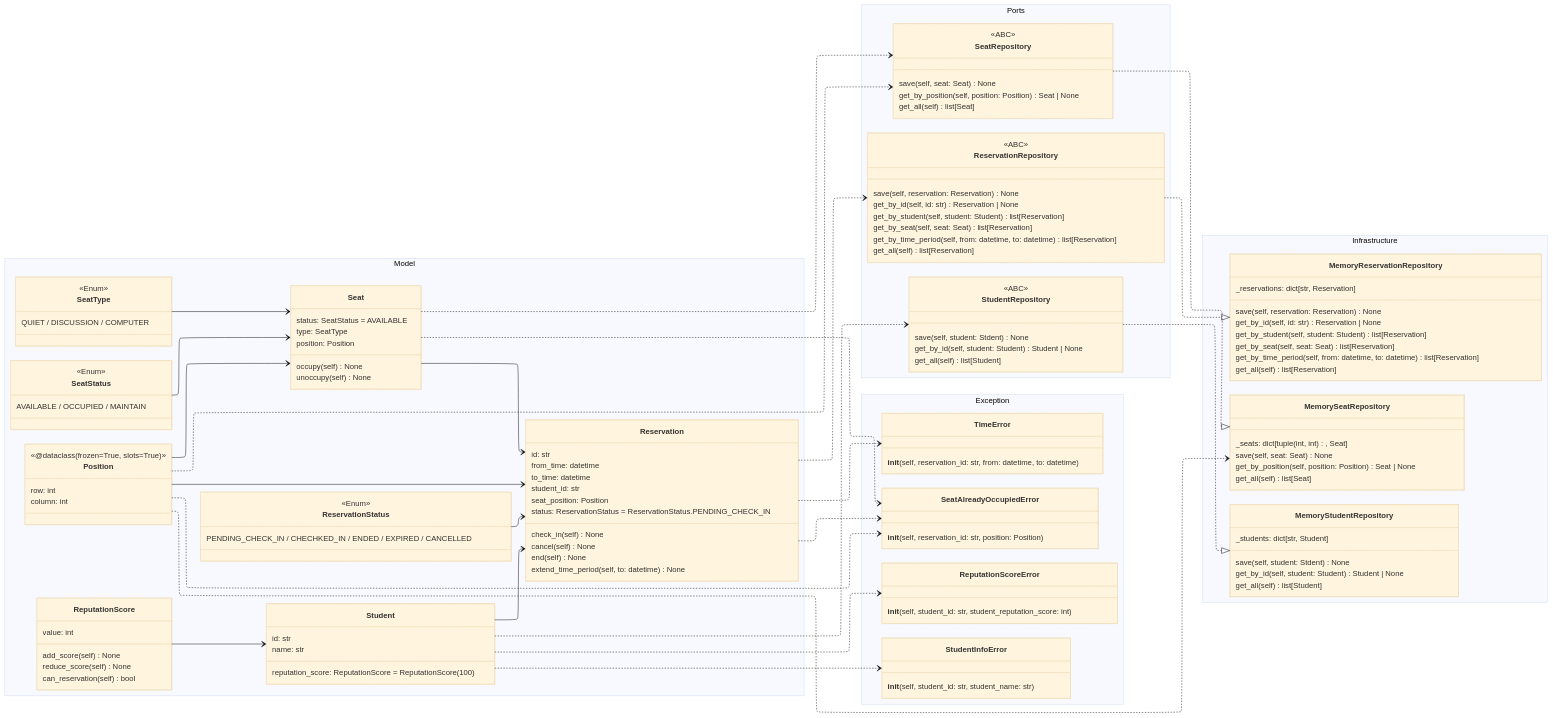
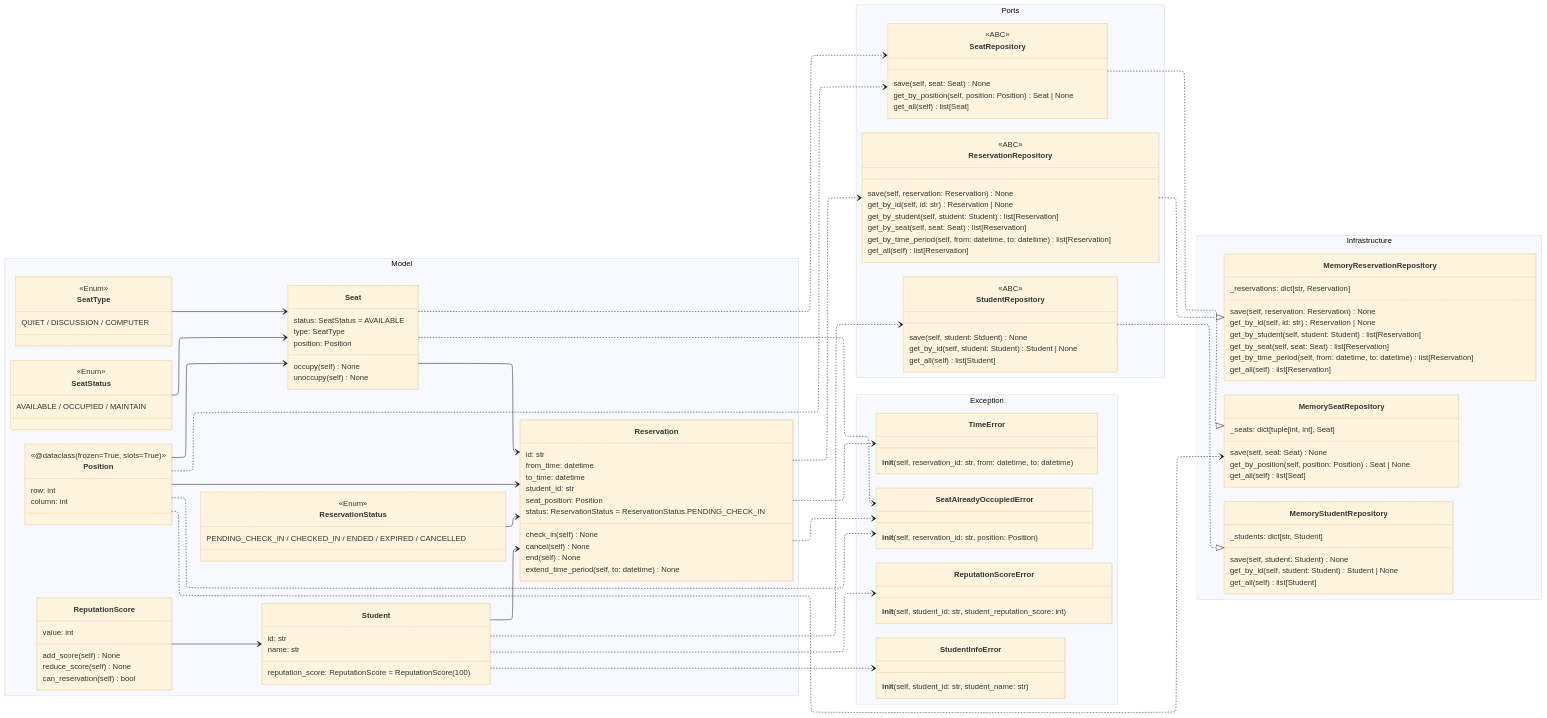
Before and after one commit to SumengQAQ/system-design: the diagram in Seat Reservation System/docs/Class.mmd, drawn with Mermaid (base theme).

Commit message:
fix: 修正类图中的拼写错误和类型语法
- CHECHKED_IN → CHECKED_IN
- Stdent → Student (两处 Repository 中)
- dict[tuple(int, int), Seat] → dict[tuple[int, int], Seat]

```diff
--- a/Seat Reservation System/docs/Class.mmd
+++ b/Seat Reservation System/docs/Class.mmd
@@ -1,178 +1,178 @@
 ---
 config:
   layout: elk
   class:
     hideEmptyMembersBox: true
 ---
 %% 场景： 大学图书馆/自习室，学生可以预约座位、签到、暂离、续约。
 %% 业务规则：
 %% - 座位分区域（静音区/讨论区/电脑区）
 %% - 预约时段最小 1h，最长 4h
 %% - 预约后 30 分钟内不签到 → 自动取消 + 扣信用分
 %% - 暂离最长 30 分钟，超时自动释放座位
 %% - 信用分 < 60 → 本周不能再预约
 %% - 管理员可以设置座位维护状态
 classDiagram
 direction LR
 	namespace Model {
     class ReputationScore {
       value: int
       %% 校验：value∈[0,100]
       add_score(self) None
       reduce_score(self) None
       can_reservation(self) bool
       %% 信用分 < 60 → 不能预约
     }
 
     class Student {
       id: str
       name: str
       %% 校验：教务系统中看看有没有这个学生
       %% 没有单独分出来StudentId这个类来做数据校验
       %% 因为name需要和id联合校验
       reputation_score: ReputationScore = ReputationScore(100)
       %% 加上@property，直接返回reputation_score.value
       %% __eq__和__hash__都用id
     }
 
     class SeatStatus {
       <<Enum>>
       AVAILABLE / OCCUPIED / MAINTAIN
     }
 
     class ReservationStatus {
       <<Enum>>
-      PENDING_CHECK_IN / CHECHKED_IN / ENDED / EXPIRED / CANCELLED
+      PENDING_CHECK_IN / CHECKED_IN / ENDED / EXPIRED / CANCELLED
     }
 
     class SeatType {
       <<Enum>>
       QUIET / DISCUSSION / COMPUTER
     }
 
     class Position {
       <<@dataclass(frozen=True, slots=True)>>
       row: int
       column: int
       %% __eq__和__hash__同时使用row和column
     }
 
     class Reservation {
       id: str
       from_time: datetime
       to_time: datetime
       %% 校验：from ≤ to，预约时段最小 1h，最长 4h
       student_id: str
       %% 需要从预约能查到学生，也需要从学生能查到预约
       %% 此处student_id不需要校验，因为是由校验过的学生创建的
       seat_position: Position
       status: ReservationStatus = ReservationStatus.PENDING_CHECK_IN
 
       check_in(self) None
       cancel(self) None
       end(self) None
       %% 状态机轮转，等我画状态图
       extend_time_period(self, to: datetime) None
       %% 在Service层编排
       %% __eq__和__hash__都用id
     }
 
     class Seat {
       status: SeatStatus = AVAILABLE
       type: SeatType
       position: Position
       %% 实际上座位不知道自己是什么类型，不知道自己在哪里
       %% 但是这里这样写也不是不行，直接看成元组得了
 
       occupy(self) None
       unoccupy(self) None
       %% 在Service层编排
       %% __eq__和__hash__都用position
     }
 	}
   Position --> Reservation
   ReputationScore --> Student
   ReservationStatus --> Reservation
   Student --> Reservation
   Seat --> Reservation
   Position --> Seat
   SeatStatus --> Seat
   SeatType --> Seat
 
   namespace Ports {
     class StudentRepository {
       <<ABC>>
-      save(self, student: Stdent) None
+      save(self, student: Stduent) None
       get_by_id(self, student: Student) Student | None
       get_all(self) list[Student]
     }
 
     class SeatRepository {
       <<ABC>>
       save(self, seat: Seat) None
       get_by_position(self, position: Position) Seat | None
       get_all(self) list[Seat]
     }
 
     class ReservationRepository {
       <<ABC>>
       save(self, reservation: Reservation) None
       get_by_id(self, id: str) Reservation | None
       get_by_student(self, student: Student) list[Reservation]
       get_by_seat(self, seat: Seat) list[Reservation]
       get_by_time_period(self, from: datetime, to: datetime) list[Reservation]
       get_all(self) list[Reservation]
     }
   }
   Student ..> StudentRepository
   Position ..> SeatRepository
   Seat ..> SeatRepository
   Reservation ..> ReservationRepository
 
   namespace Infrastructure {
     class MemoryStudentRepository {
       _students: dict[str, Student]
-      save(self, student: Stdent) None
+      save(self, student: Student) None
       get_by_id(self, student: Student) Student | None
       get_all(self) list[Student]
     }
 
     class MemorySeatRepository {
-      _seats: dict[tuple(int, int), Seat]
+      _seats: dict[tuple[int, int], Seat]
       save(self, seat: Seat) None
       get_by_position(self, position: Position) Seat | None
       get_all(self) list[Seat]
     }
 
     class MemoryReservationRepository {
       _reservations: dict[str, Reservation]
       save(self, reservation: Reservation) None
       get_by_id(self, id: str) Reservation | None
       get_by_student(self, student: Student) list[Reservation]
       get_by_seat(self, seat: Seat) list[Reservation]
       get_by_time_period(self, from: datetime, to: datetime) list[Reservation]
       get_all(self) list[Reservation]
     }
   }
   StudentRepository ..|> MemoryStudentRepository
   Position ..> MemorySeatRepository
   SeatRepository ..|> MemorySeatRepository
   ReservationRepository ..|> MemoryReservationRepository
   %% Student --> MemoryStudentRepository
   %% Seat --> MemorySeatRepository
   %% Reservation --> MemoryReservationRepository
 
   namespace Exception {
     class StudentInfoError{__init__(self, student_id: str, student_name: str)}
     class TimeError{__init__(self, reservation_id: str, from: datetime, to: datetime)}
     class ReputationScoreError{__init__(self, student_id: str, student_reputation_score: int)}
     class SeatAlreadyOccupiedError{__init__(self, reservation_id: str, position: Position)}
     %% 异常要有上下文才行，方便溯源
     %% 还有预约相关的异常没写呢
   }
   Student ..> StudentInfoError
   Reservation ..> TimeError
   Student ..> ReputationScoreError
   Seat ..> SeatAlreadyOccupiedError
   Position ..> SeatAlreadyOccupiedError
   Reservation ..> SeatAlreadyOccupiedError
```
